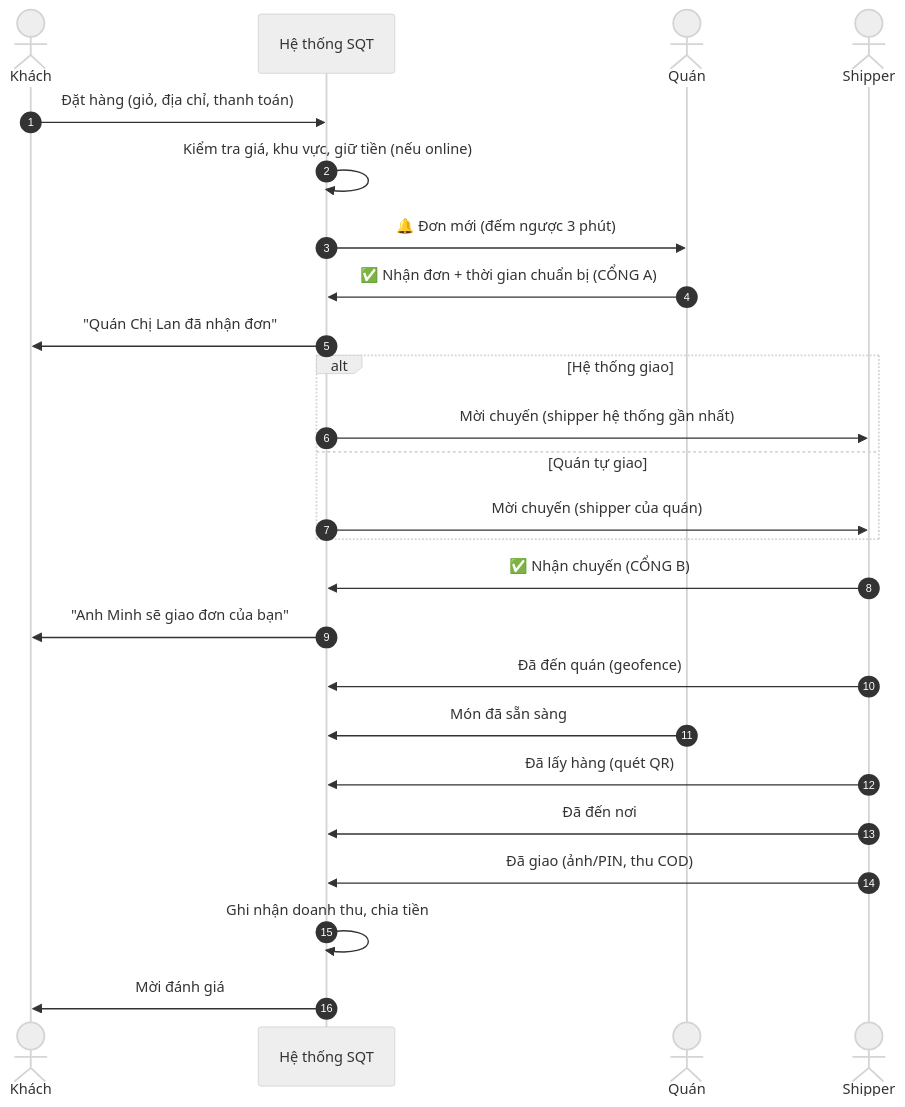
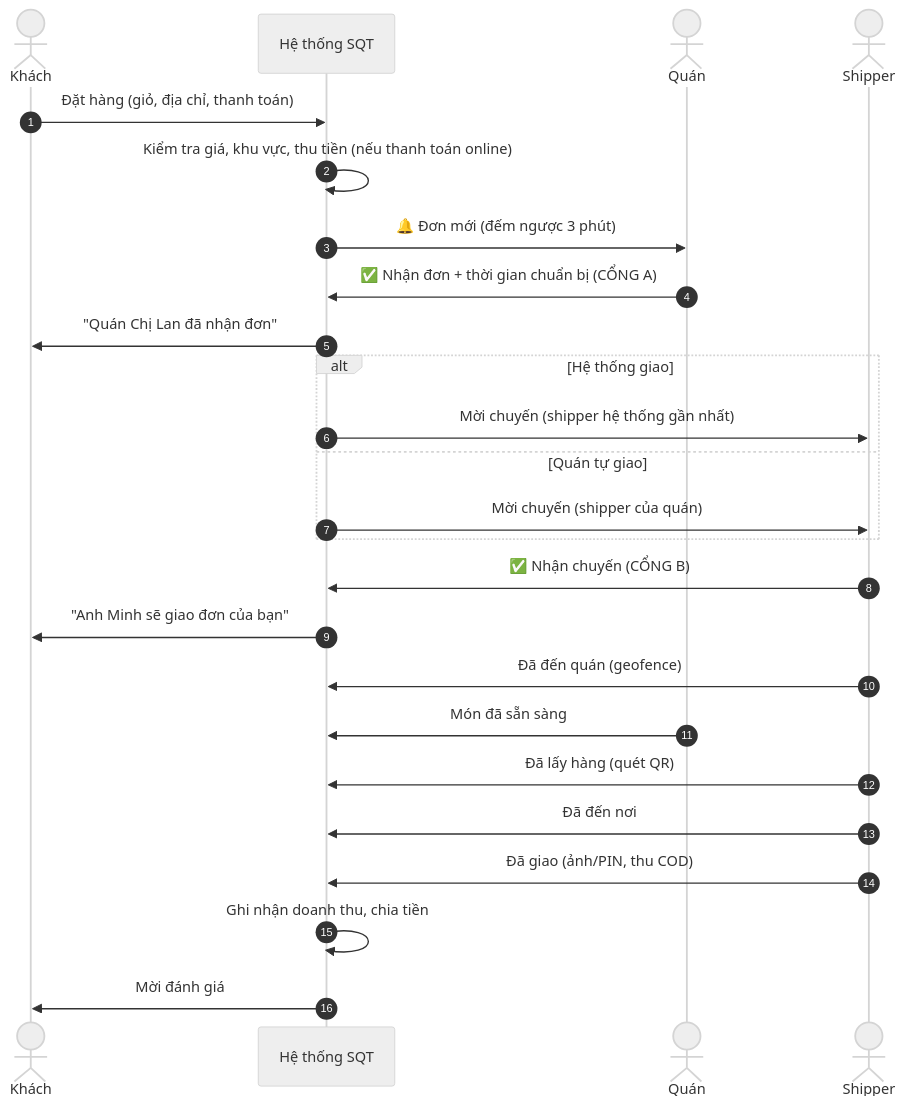
The first of 2 diagrams in docs/03-luong-dat-hang-va-xac-nhan.md (tuongspithue/tuongspithue), drawn with Mermaid (neutral theme) before and after one commit. The commit also changed other lines of this file and 12 other files, not shown here.

````diff
--- a/docs/03-luong-dat-hang-va-xac-nhan.md
+++ b/docs/03-luong-dat-hang-va-xac-nhan.md
@@ -9,28 +9,28 @@
 ```mermaid
 sequenceDiagram
     autonumber
     actor K as Khách
     participant S as Hệ thống SQT
     actor Q as Quán
     actor T as Shipper
 
     K->>S: Đặt hàng (giỏ, địa chỉ, thanh toán)
-    S->>S: Kiểm tra giá, khu vực, giữ tiền (nếu online)
+    S->>S: Kiểm tra giá, khu vực, thu tiền (nếu thanh toán online)
     S->>Q: 🔔 Đơn mới (đếm ngược 3 phút)
     Q->>S: ✅ Nhận đơn + thời gian chuẩn bị (CỔNG A)
     S->>K: "Quán Chị Lan đã nhận đơn"
     alt Hệ thống giao
         S->>T: Mời chuyến (shipper hệ thống gần nhất)
     else Quán tự giao
         S->>T: Mời chuyến (shipper của quán)
     end
     T->>S: ✅ Nhận chuyến (CỔNG B)
     S->>K: "Anh Minh sẽ giao đơn của bạn"
     T->>S: Đã đến quán (geofence)
     Q->>S: Món đã sẵn sàng
     T->>S: Đã lấy hàng (quét QR)
     T->>S: Đã đến nơi
     T->>S: Đã giao (ảnh/PIN, thu COD)
     S->>S: Ghi nhận doanh thu, chia tiền
     S->>K: Mời đánh giá
 ```
````
